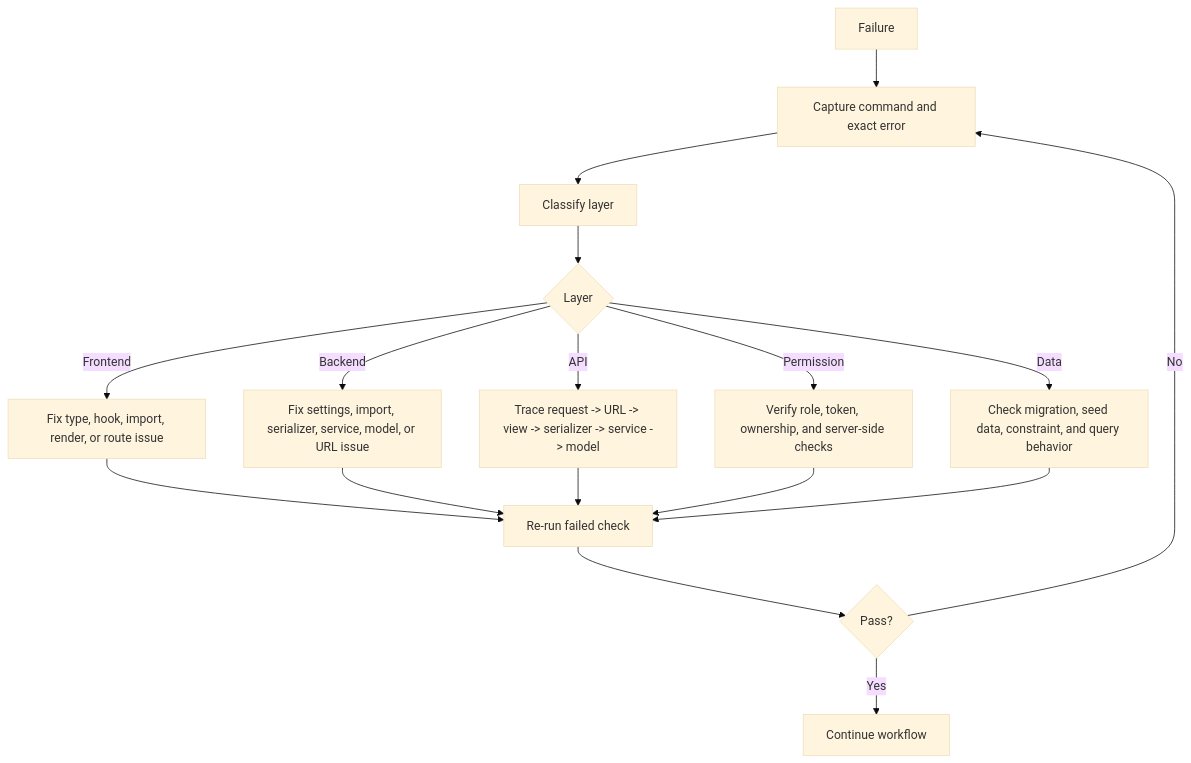
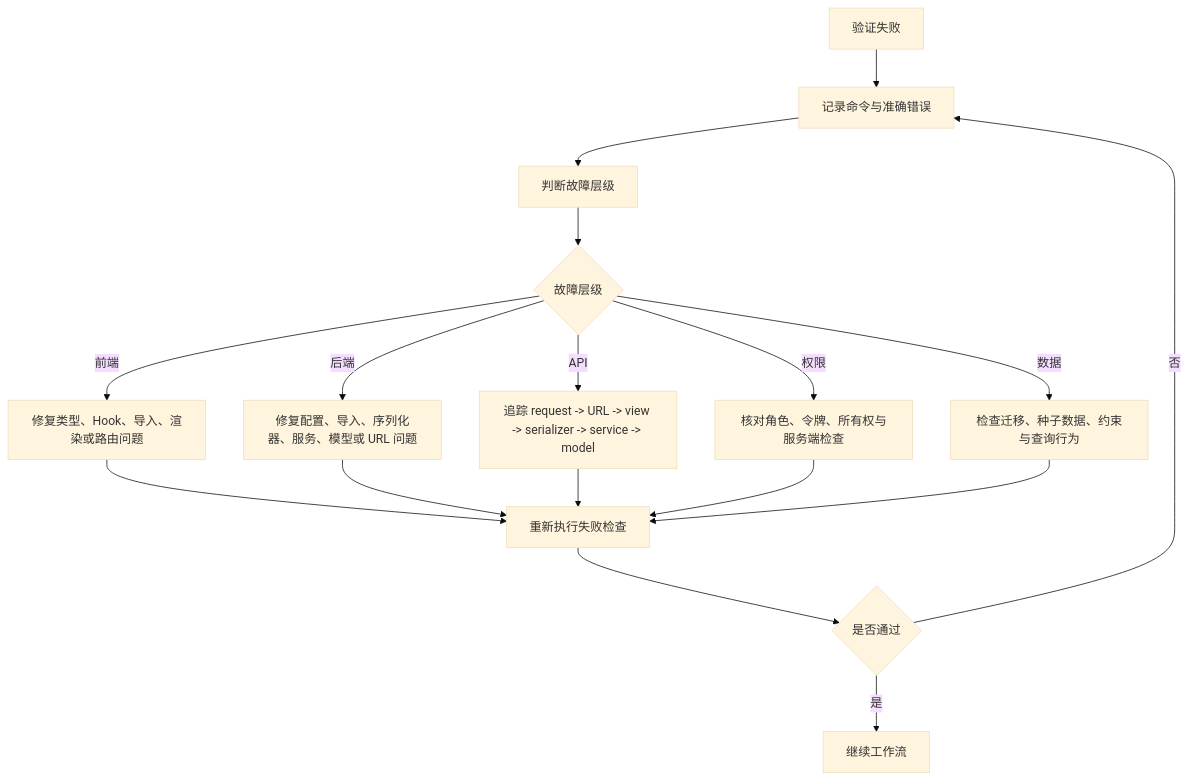
Before and after one commit to x-t001/sunshine-reading: the second of 2 diagrams in docs/spec-coding/09-iteration-workflow.md, drawn with Mermaid (base theme). The commit also changed other lines of this file and 34 other files, not shown here.

````diff
--- a/docs/spec-coding/09-iteration-workflow.md
+++ b/docs/spec-coding/09-iteration-workflow.md
@@ -300,19 +291,19 @@
 ```mermaid
 flowchart TD
-  A[Failure] --> B[Capture command and exact error]
-  B --> C[Classify layer]
-  C --> D{Layer}
-  D -- Frontend --> E[Fix type, hook, import, render, or route issue]
-  D -- Backend --> F[Fix settings, import, serializer, service, model, or URL issue]
-  D -- API --> G[Trace request -> URL -> view -> serializer -> service -> model]
-  D -- Permission --> H[Verify role, token, ownership, and server-side checks]
-  D -- Data --> I[Check migration, seed data, constraint, and query behavior]
-  E --> J[Re-run failed check]
+  A[验证失败] --> B[记录命令与准确错误]
+  B --> C[判断故障层级]
+  C --> D{故障层级}
+  D -- 前端 --> E[修复类型、Hook、导入、渲染或路由问题]
+  D -- 后端 --> F[修复配置、导入、序列化器、服务、模型或 URL 问题]
+  D -- API --> G[追踪 request -> URL -> view -> serializer -> service -> model]
+  D -- 权限 --> H[核对角色、令牌、所有权与服务端检查]
+  D -- 数据 --> I[检查迁移、种子数据、约束与查询行为]
+  E --> J[重新执行失败检查]
   F --> J
   G --> J
   H --> J
   I --> J
-  J --> K{Pass?}
-  K -- No --> B
-  K -- Yes --> L[Continue workflow]
+  J --> K{是否通过}
+  K -- 否 --> B
+  K -- 是 --> L[继续工作流]
 ```
````
